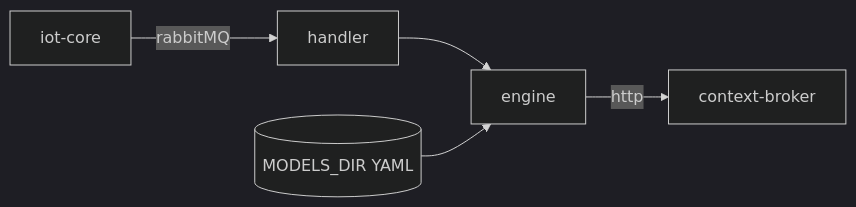
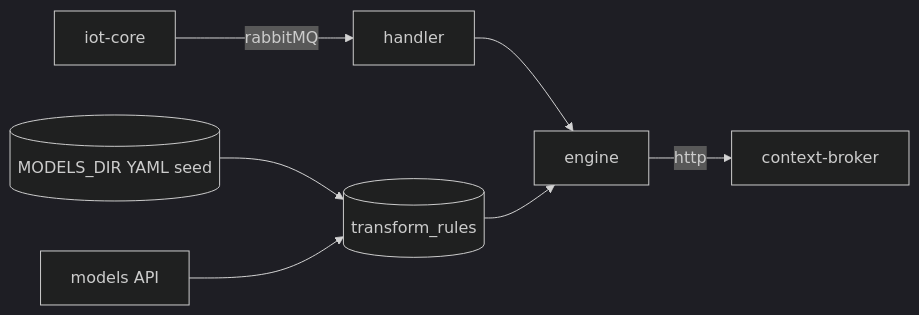
One commit to diwise/iot-transform-fiware changed the diagram in README.md. Above: the diagram before and after it, drawn with Mermaid (dark theme). The commit also changed other lines of this file and 4 other files, not shown here.

````diff
--- a/README.md
+++ b/README.md
@@ -9,7 +9,9 @@
 ```mermaid
 flowchart LR
     iot-core--rabbitMQ-->handler
     handler-->engine
-    models[(MODELS_DIR YAML)]-->engine
+    seed[(MODELS_DIR YAML seed)]-->db[(transform_rules)]
+    api[models API]-->db
+    db-->engine
     engine--http-->context-broker
 ```
````
